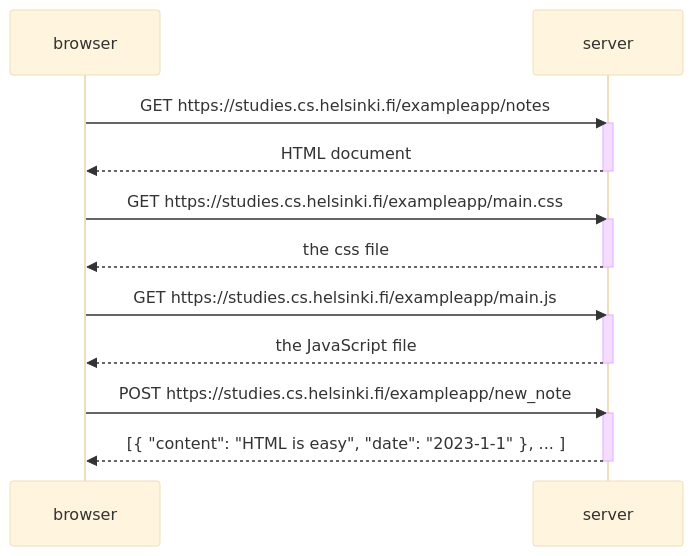
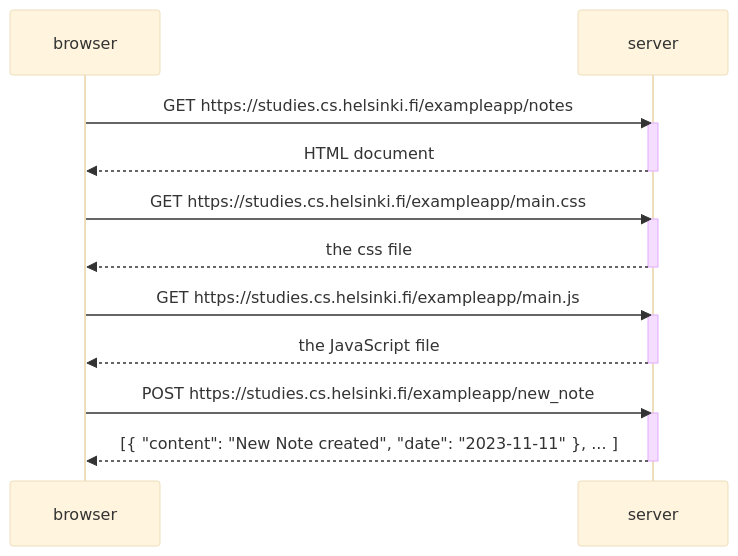
Before and after one commit to edrickalema/part0: the diagram in README.md, drawn with Mermaid (base theme).

````diff
--- a/README.md
+++ b/README.md
@@ -1,26 +1,26 @@
 ```mermaid
 sequenceDiagram
     participant browser
     participant server
 
     browser->>server: GET https://studies.cs.helsinki.fi/exampleapp/notes
     activate server
     server-->>browser: HTML document
     deactivate server
 
     browser->>server: GET https://studies.cs.helsinki.fi/exampleapp/main.css
     activate server
     server-->>browser: the css file
     deactivate server
 
     browser->>server: GET https://studies.cs.helsinki.fi/exampleapp/main.js
     activate server
     server-->>browser: the JavaScript file
     deactivate server
 
     browser->>server: POST https://studies.cs.helsinki.fi/exampleapp/new_note
     activate server
-    server-->>browser: [{ "content": "HTML is easy", "date": "2023-1-1" }, ... ]
+    server-->>browser: [{ "content": "New Note created", "date": "2023-11-11" }, ... ]
     deactivate server
 
 ```
````
